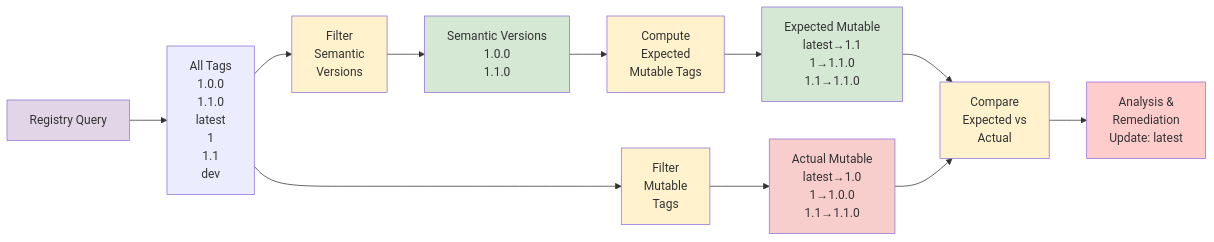
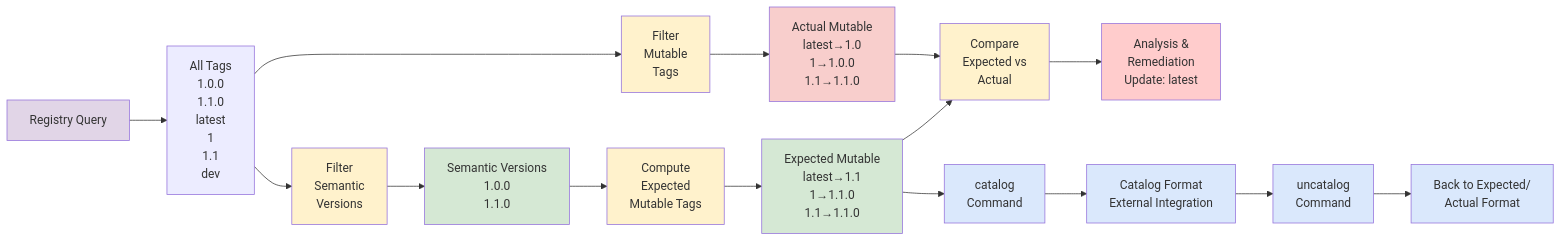
The diagram in README.md (TonyCTHsu/equilibrium), drawn with Mermaid before and after one commit. The commit also changed other lines of this file, not shown here.

First line of the commit message:
Update documentation with uncatalog command

````diff
--- a/README.md
+++ b/README.md
@@ -41,30 +41,38 @@
 ```mermaid
 flowchart LR
     A[Registry Query] --> B[All Tags<br/>1.0.0<br/>1.1.0<br/>latest<br/>1<br/>1.1<br/>dev]
 
     B --> C[Filter<br/>Semantic<br/>Versions]
     B --> D[Filter<br/>Mutable<br/>Tags]
 
     C --> E[Semantic Versions<br/>1.0.0<br/>1.1.0]
     D --> F[Actual Mutable<br/>latest→1.0<br/>1→1.0.0<br/>1.1→1.1.0]
 
     E --> G[Compute<br/>Expected<br/>Mutable Tags]
     G --> H[Expected Mutable<br/>latest→1.1<br/>1→1.1.0<br/>1.1→1.1.0]
 
     H --> I[Compare<br/>Expected vs<br/>Actual]
     F --> I
 
     I --> J[Analysis &<br/>Remediation<br/>Update: latest]
 
+    H --> K[catalog<br/>Command]
+    K --> L[Catalog Format<br/>External Integration]
+    L --> M[uncatalog<br/>Command]
+    M --> N[Back to Expected/<br/>Actual Format]
+
     classDef source fill:#e1d5e7
     classDef process fill:#fff2cc
     classDef expected fill:#d5e8d4
     classDef actual fill:#f8cecc
     classDef result fill:#ffcccc
+    classDef catalog fill:#dae8fc
 
     class A source
     class C,D,G,I process
     class E,H expected
     class F actual
     class J result
+    class K,M catalog
+    class L,N catalog
 ```
````
